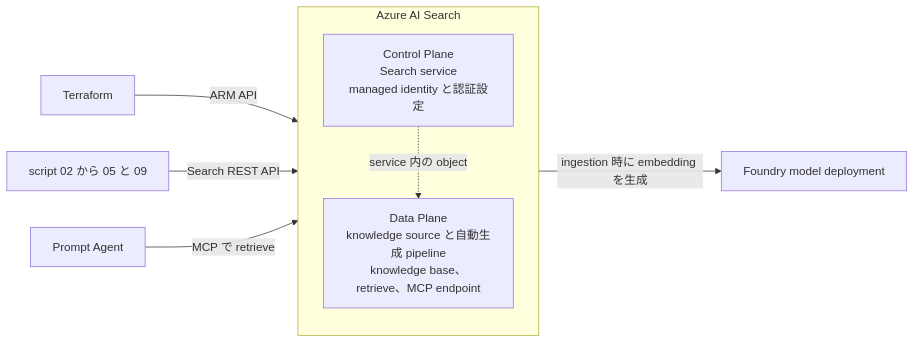
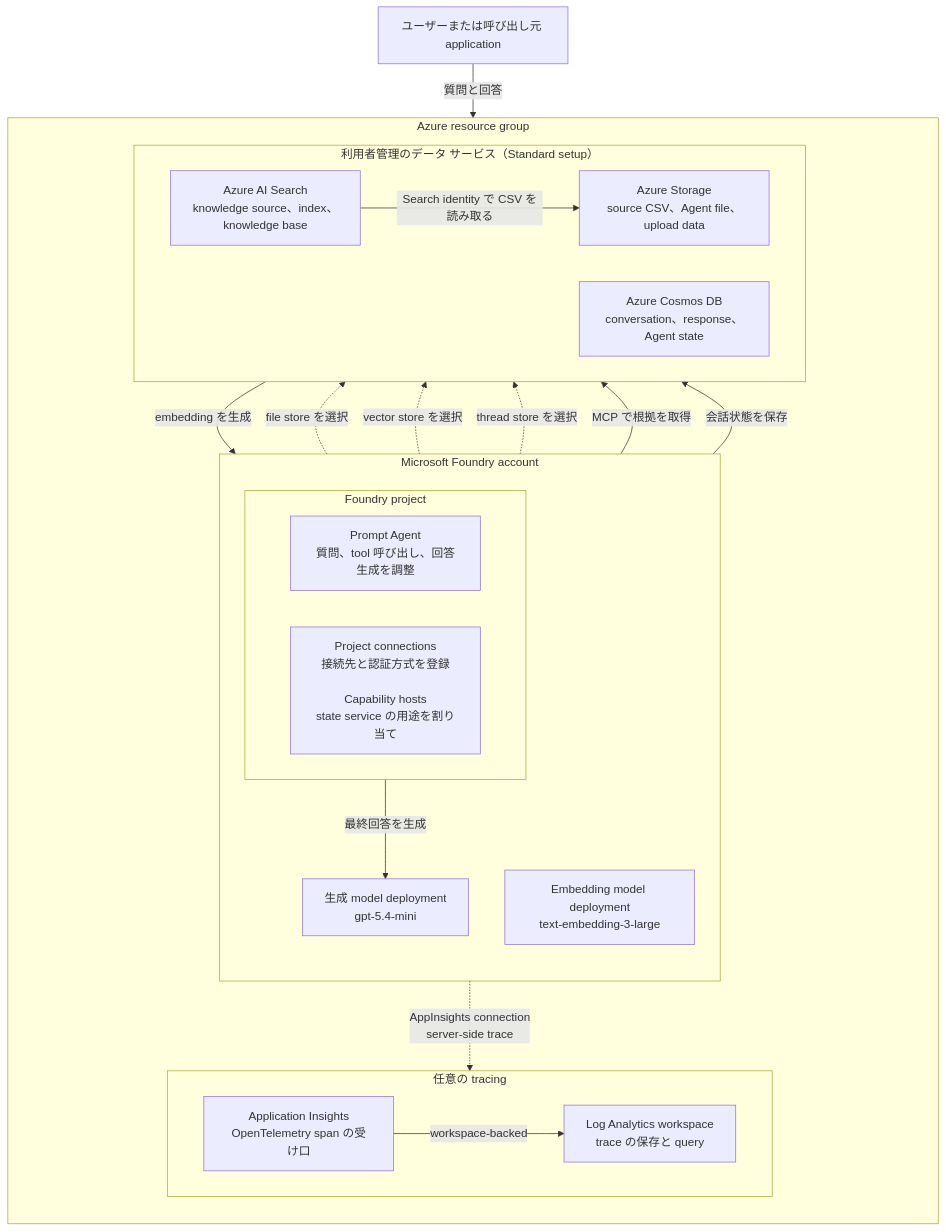
One commit to ks6088ts/template-terraform changed the diagram in infra/scenarios/azure_microsoft_foundry/README.ja.md. Above: the diagram before and after it, drawn with Mermaid. The commit also changed other lines of this file and 1 other file, not shown here.

Commit message:
refactor: update architecture diagrams and clarify resource dependencies in README

````diff
--- a/infra/scenarios/azure_microsoft_foundry/README.ja.md
+++ b/infra/scenarios/azure_microsoft_foundry/README.ja.md
@@ -223,14 +182,44 @@
 ```mermaid
-flowchart LR
-    subgraph Search["Azure AI Search"]
+flowchart TB
+    Caller["ユーザーまたは呼び出し元 application"]
+
+    subgraph ResourceGroup["Azure resource group"]
         direction TB
-        SearchArm["Control Plane<br/>Search service<br/>managed identity と認証設定"]
-        SearchData["Data Plane<br/>knowledge source と自動生成 pipeline<br/>knowledge base、retrieve、MCP endpoint"]
-        SearchArm -.->|"service 内の object"| SearchData
+
+        subgraph Foundry["Microsoft Foundry account"]
+            direction TB
+            subgraph Project["Foundry project"]
+                direction LR
+                Agent["Prompt Agent<br/>質問、tool 呼び出し、回答生成を調整"]
+                ProjectConfig["Project connections<br/>接続先と認証方式を登録<br/><br/>Capability hosts<br/>state service の用途を割り当て"]
+            end
+            GenerationModel["生成 model deployment<br/>gpt-5.4-mini"]
+            EmbeddingModel["Embedding model deployment<br/>text-embedding-3-large"]
+        end
+
+        subgraph DataServices["利用者管理のデータ サービス（Standard setup）"]
+            direction LR
+            Storage["Azure Storage<br/>source CSV、Agent file、upload data"]
+            Search["Azure AI Search<br/>knowledge source、index、knowledge base"]
+            Cosmos["Azure Cosmos DB<br/>conversation、response、Agent state"]
+        end
+
+        subgraph Tracing["任意の tracing"]
+            direction LR
+            AppInsights["Application Insights<br/>OpenTelemetry span の受け口"]
+            LogAnalytics["Log Analytics workspace<br/>trace の保存と query"]
+        end
     end
 
-    Terraform["Terraform"] -->|"ARM API"| SearchArm
-    SearchScripts["script 02 から 05 と 09"] -->|"Search REST API"| SearchData
-    PromptAgent["Prompt Agent"] -->|"MCP で retrieve"| SearchData
-    SearchData -->|"ingestion 時に embedding を生成"| EmbeddingModel["Foundry model deployment"]
+    Caller -->|"質問と回答"| Agent
+    ProjectConfig -.->|"file store を選択"| Storage
+    ProjectConfig -.->|"vector store を選択"| Search
+    ProjectConfig -.->|"thread store を選択"| Cosmos
+    Search -->|"Search identity で CSV を読み取る"| Storage
+    Search -->|"embedding を生成"| EmbeddingModel
+    Agent -->|"MCP で根拠を取得"| Search
+    Agent -->|"最終回答を生成"| GenerationModel
+    Agent -->|"会話状態を保存"| Cosmos
+    Agent -.->|"AppInsights connection<br/>server-side trace"| AppInsights
+    AppInsights -->|"workspace-backed"| LogAnalytics
 ```
````
